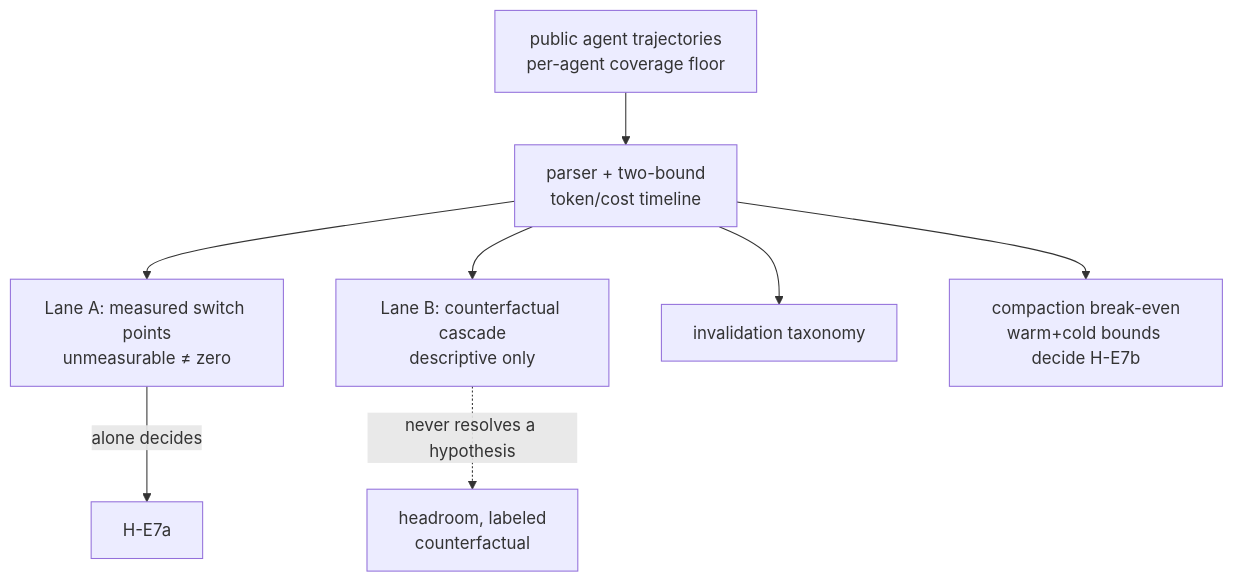
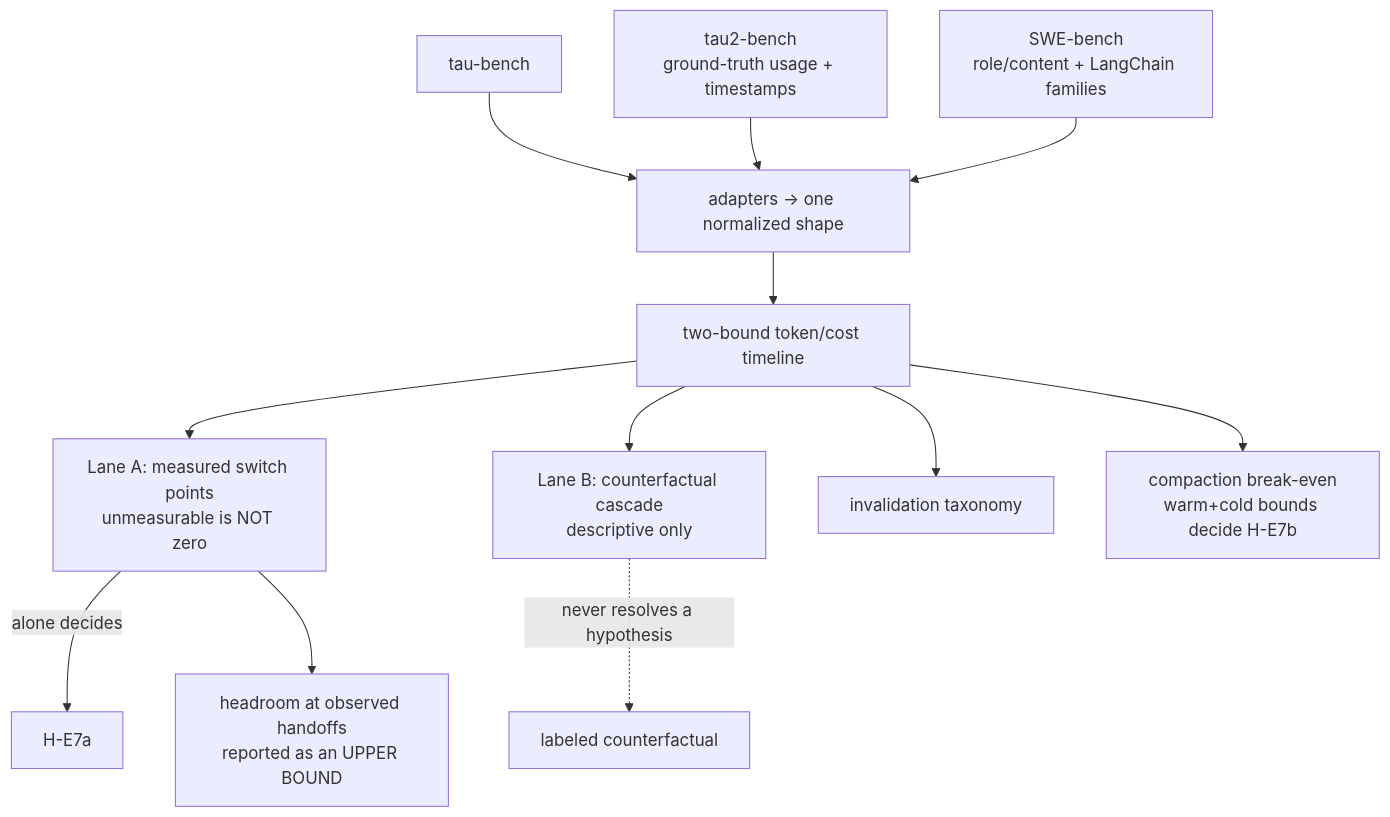
One commit to hossainpazooki/linear-ceiling changed the third of 6 diagrams in README.md. Above: the diagram before and after it, drawn with Mermaid. The commit also changed other lines of this file and 3 other files, not shown here.

Commit message:
docs: README and repo brief to three-corpora state; handoff for floor met and headroom

````diff
--- a/README.md
+++ b/README.md
@@ -53,10 +51,14 @@
 ```mermaid
 flowchart TD
-    T[public agent trajectories<br/>per-agent coverage floor] --> P[parser + two-bound<br/>token/cost timeline]
-    P --> A["Lane A: measured switch points<br/>unmeasurable ≠ zero"]
-    P --> B["Lane B: counterfactual cascade<br/>descriptive only"]
+    T1[tau-bench] --> P[adapters -> one normalized shape]
+    T2[tau2-bench<br/>ground-truth usage + timestamps] --> P
+    T3[SWE-bench<br/>role/content + LangChain families] --> P
+    P --> C[two-bound token/cost timeline]
+    C --> A["Lane A: measured switch points<br/>unmeasurable is NOT zero"]
+    C --> B["Lane B: counterfactual cascade<br/>descriptive only"]
     A -->|alone decides| HA[H-E7a]
-    B -.->|never resolves a hypothesis| DESC[headroom, labeled<br/>counterfactual]
-    P --> TAX[invalidation taxonomy]
-    P --> CB[compaction break-even<br/>warm+cold bounds decide H-E7b]
+    A --> HR[headroom at observed handoffs<br/>reported as an UPPER BOUND]
+    B -.->|never resolves a hypothesis| DESC[labeled counterfactual]
+    C --> TAX[invalidation taxonomy]
+    C --> CB[compaction break-even<br/>warm+cold bounds decide H-E7b]
 ```
````
